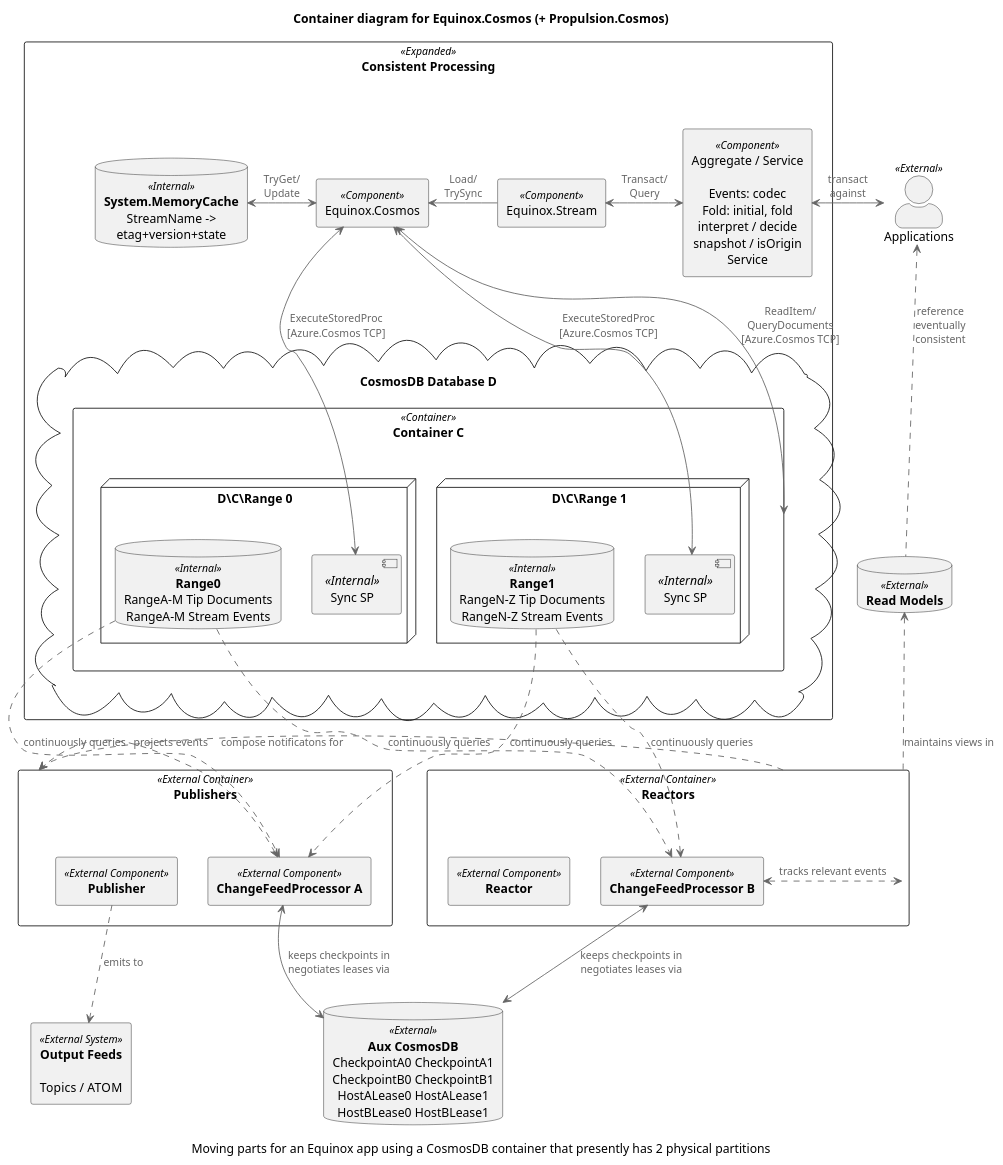
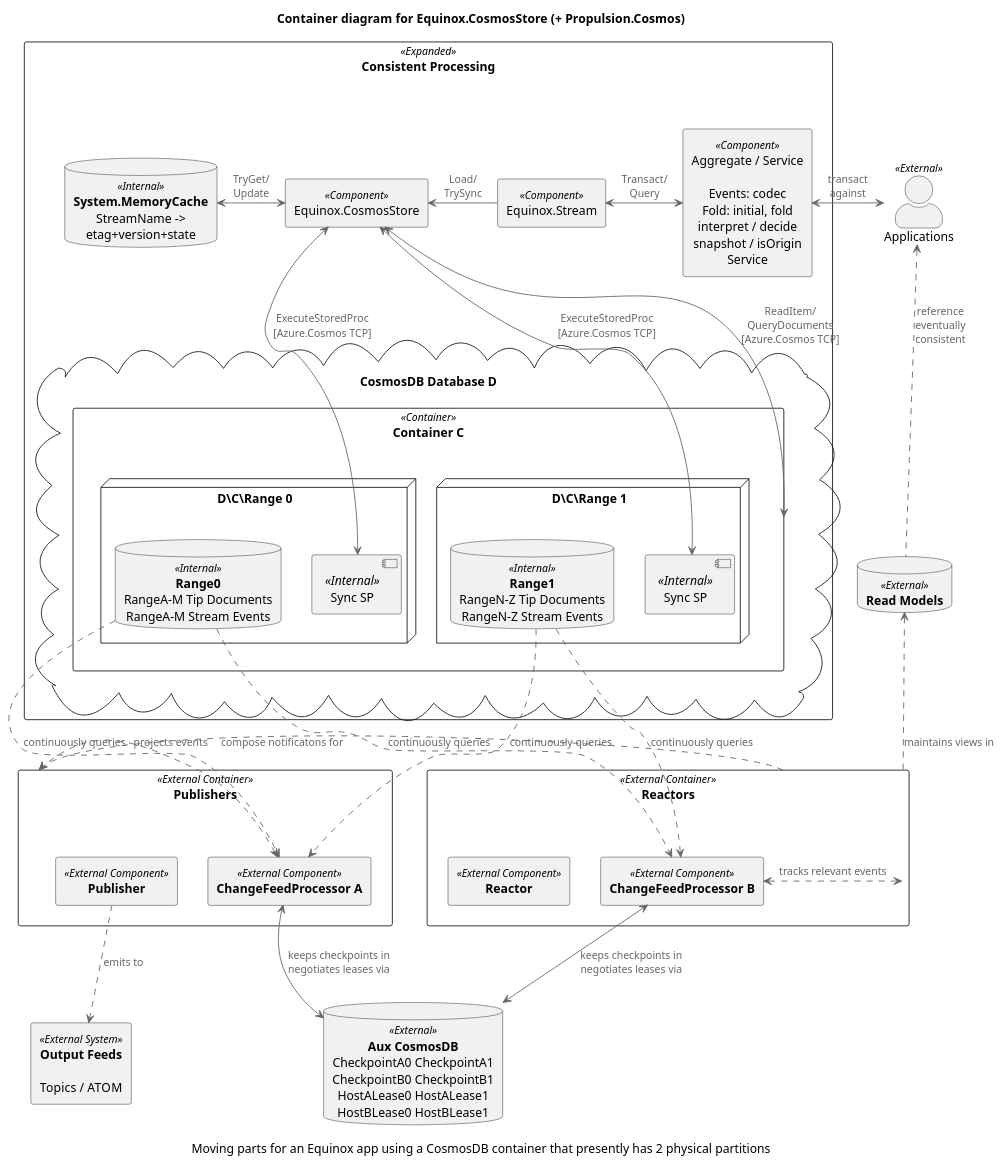
Before and after one commit to jet/equinox: the diagram in diagrams/CosmosContainer.puml, drawn with PlantUML. The commit also changed 39 other files, not shown here.

Commit message:
Renamespace Equinox.Cosmos -> CosmosStore

```diff
--- a/diagrams/CosmosContainer.puml
+++ b/diagrams/CosmosContainer.puml
@@ -1,123 +1,123 @@
 @startuml
 !includeurl https://raw.githubusercontent.com/skleanthous/C4-PlantumlSkin/master/build/output/c4.puml
 
-title Container diagram for Equinox.Cosmos (+ Propulsion.Cosmos)
+title Container diagram for Equinox.CosmosStore (+ Propulsion.Cosmos)
 caption Moving parts for an Equinox app using a CosmosDB container that presently has 2 physical partitions
 
 actor "Applications" <<External>> as apps
 
 rectangle "Consistent Processing" <<Expanded>> {
     together {
         rectangle aggregate <<Component>> [
             Aggregate / Service
 
             Events: codec
             Fold: initial, fold
             interpret / decide
             snapshot / isOrigin
             Service
         ]
         rectangle stream <<Component>> [
             Equinox.Stream
         ]
     }
 
     database memorycache <<Internal>> [
         **System.MemoryCache**
         StreamName ->
         etag+version+state
     ]
 
     rectangle eqxcosmos <<Component>> [
-        Equinox.Cosmos
+        Equinox.CosmosStore
     ]
 
     cloud "CosmosDB Database D" as db {
         rectangle "Container C" as cosmos <<Container>> {
             node "D\C\Range 0" {
                 rectangle [Sync SP] as sync0 <<Internal>>
                 database range0 <<Internal>> [
                     **Range0**
                     RangeA-M Tip Documents
                     RangeA-M Stream Events
                 ]
             }
             node "D\C\Range 1" {
                 rectangle [Sync SP] as sync1 <<Internal>>
                 database range1 <<Internal>> [
                     **Range1**
                     RangeN-Z Tip Documents
                     RangeN-Z Stream Events
                 ]
             } 
         }
     }
 }
 
 rectangle "**Publishers**" as publishers <<External Container>> {
     rectangle cfp0 <<External Component>> [
         **ChangeFeedProcessor A**
     ]
     rectangle projector <<External Component>> [
         **Publisher**
     ]
 }
 
 rectangle "**Reactors**" as reactors <<External Container>> {
     rectangle cfp1 <<External Component>> [
         **ChangeFeedProcessor B**
     ]
     rectangle reactor <<External Component>> [
         **Reactor**
     ]
 }
 database caches <<External>> [
     **Read Models**
 ]
 
 rectangle outputs <<External System>> [
     **Output Feeds**
 
     Topics / ATOM
 ]
 
 database aux <<External>> [
     **Aux CosmosDB**
     CheckpointA0 CheckpointA1
     CheckpointB0 CheckpointB1
     HostALease0 HostALease1
     HostBLease0 HostBLease1
 ]
 
 apps      <->   aggregate   : transact\nagainst
 apps      <.    caches      : reference\neventually\nconsistent
 
 aggregate <-L-> stream      : Transact/\nQuery
 stream     -L-> eqxcosmos   : Load/\nTrySync
 
 eqxcosmos <-L-> memorycache : TryGet/\nUpdate
 eqxcosmos <->   sync0       : ExecuteStoredProc\n[Azure.Cosmos TCP]
 eqxcosmos <->   cosmos      : ReadItem/\nQueryDocuments\n[Azure.Cosmos TCP]
 eqxcosmos <->   sync1       : ExecuteStoredProc\n[Azure.Cosmos TCP]
 
 range0     ..>  cfp0        : continuously queries
 range1     ..>  cfp0        : continuously queries
 
 range0     ..>  cfp1        : continuously queries
 range1     ..>  cfp1        : continuously queries
 
 cfp0      <->   aux         : keeps checkpoints in\nnegotiates leases via
 cfp1      <->   aux         : keeps checkpoints in\nnegotiates leases via
 cfp0      <.>   publishers  : projects events
 cfp1      <.>   reactors    : tracks relevant events
 reactors    .>  caches      : maintains views in
 reactors    .>  publishers  : compose notificatons for
 projector   .>  outputs     : emits to
 
 eqxcosmos -[hidden]D-> sync0
 cfp0      -[hidden]D-> aux
 publishers-[hidden]D-> outputs
 reactors  -[hidden]U-> caches
 caches    -[hidden]U-> apps
 
 @enduml
```
